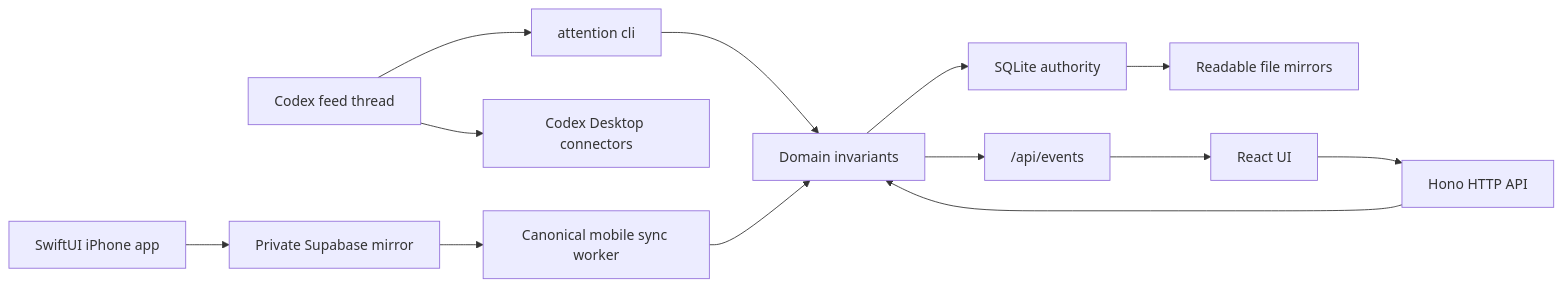
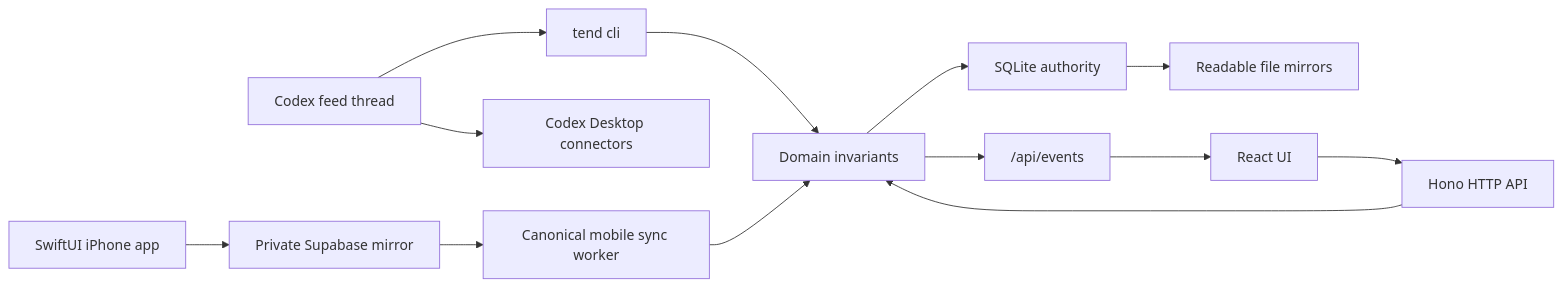
The diagram in docs/ARCHITECTURE.md (rootflare-code/tend), drawn with Mermaid before and after one commit. The commit also changed other lines of this file and 91 other files, not shown here.

````diff
--- a/docs/ARCHITECTURE.md
+++ b/docs/ARCHITECTURE.md
@@ -7,15 +10,15 @@
 ```mermaid
 flowchart LR
-  Thread["Codex feed thread"] --> CLI["attention cli"]
+  Thread["Codex feed thread"] --> CLI["tend cli"]
   CLI --> Domain["Domain invariants"]
   UI["React UI"] --> API["Hono HTTP API"]
   API --> Domain
   Phone["SwiftUI iPhone app"] --> Cloud["Private Supabase mirror"]
   Cloud --> Worker["Canonical mobile sync worker"]
   Worker --> Domain
   Domain --> SQLite["SQLite authority"]
   SQLite --> Mirrors["Readable file mirrors"]
   Domain --> SSE["/api/events"]
   SSE --> UI
   Thread --> Connectors["Codex Desktop connectors"]
 ```
````
